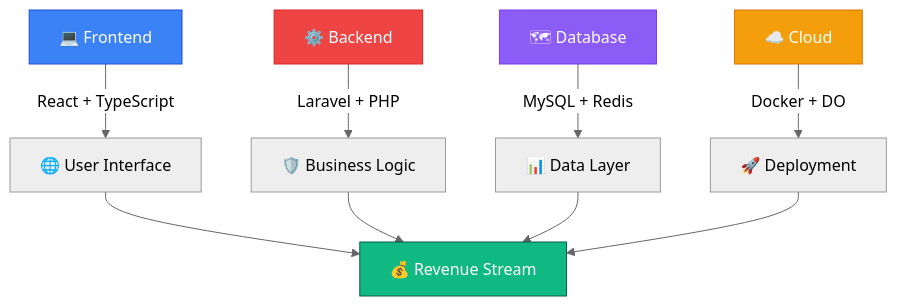
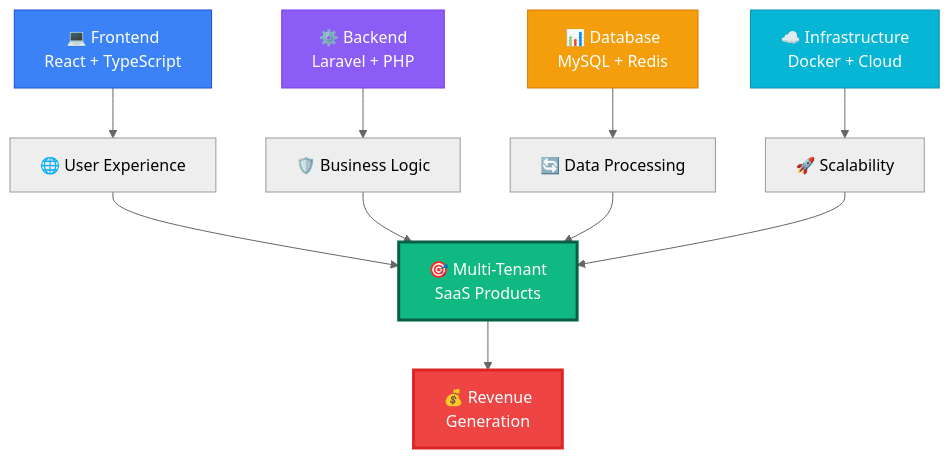
One commit to Husein-Abdi/Husein-Abdi changed the diagram in README.md. Above: the diagram before and after it, drawn with Mermaid (neutral theme). The commit also changed other lines of this file, not shown here.

````diff
--- a/README.md
+++ b/README.md
@@ -74,18 +55,21 @@
 ```mermaid
 graph TD
-    A[💻 Frontend] -->|React + TypeScript| B[🌐 User Interface]
-    C[⚙️ Backend] -->|Laravel + PHP| D[🛡️ Business Logic]
-    E[🗺 Database] -->|MySQL + Redis| F[📊 Data Layer]
-    G[☁️ Cloud] -->|Docker + DO| H[🚀 Deployment]
+    A[💻 Frontend<br/>React + TypeScript] --> B[🌐 User Experience]
+    C[⚙️ Backend<br/>Laravel + PHP] --> D[🛡️ Business Logic]
+    E[📊 Database<br/>MySQL + Redis] --> F[🔄 Data Processing]
+    G[☁️ Infrastructure<br/>Docker + Cloud] --> H[🚀 Scalability]
     
-    B --> I[💰 Revenue Stream]
+    B --> I[🎯 Multi-Tenant<br/>SaaS Products]
     D --> I
     F --> I
     H --> I
     
-    style I fill:#10B981,stroke:#065F46,color:#fff
+    I --> J[💰 Revenue<br/>Generation]
+    
+    style I fill:#10B981,stroke:#065F46,color:#fff,stroke-width:3px
+    style J fill:#EF4444,stroke:#DC2626,color:#fff,stroke-width:3px
     style A fill:#3B82F6,stroke:#1D4ED8,color:#fff
-    style C fill:#EF4444,stroke:#DC2626,color:#fff
-    style E fill:#8B5CF6,stroke:#7C3AED,color:#fff
-    style G fill:#F59E0B,stroke:#D97706,color:#fff
+    style C fill:#8B5CF6,stroke:#7C3AED,color:#fff
+    style E fill:#F59E0B,stroke:#D97706,color:#fff
+    style G fill:#06B6D4,stroke:#0891B2,color:#fff
 ```
````
